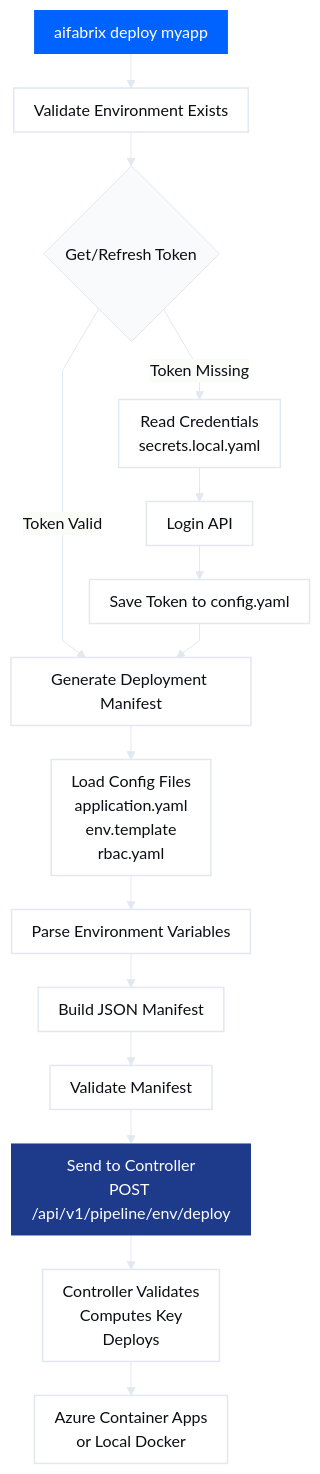
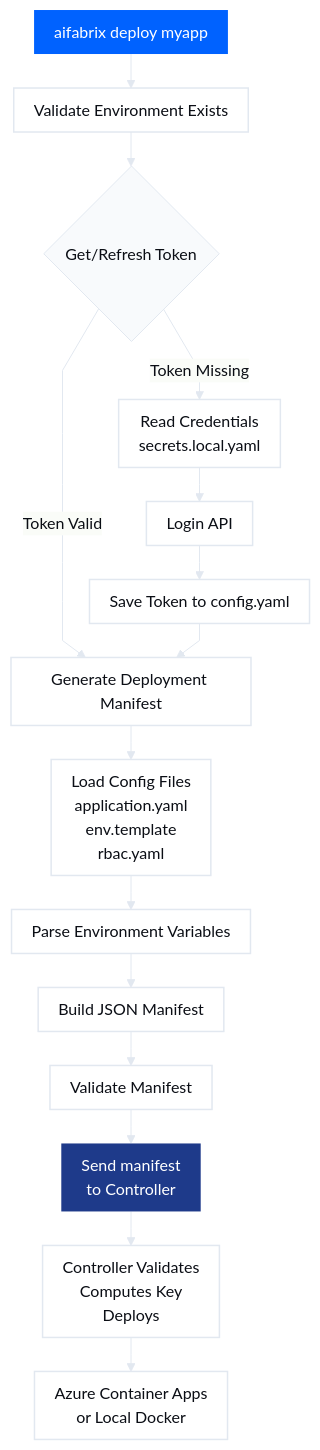
The fifth of 7 diagrams in docs/deploying.md (esystemsdev/aifabrix-builder), drawn with Mermaid before and after one commit. The commit also changed other lines of this file and 9 other files, not shown here.

````diff
--- a/docs/deploying.md
+++ b/docs/deploying.md
@@ -416,50 +418,50 @@
 ```mermaid
 %%{init: {
   "theme": "base",
   "themeVariables": {
     "fontFamily": "Poppins, Arial Rounded MT Bold, Arial, sans-serif",
     "fontSize": "16px",
     "background": "#FFFFFF",
     "primaryColor": "#F8FAFC",
     "primaryTextColor": "#0B0E15",
     "primaryBorderColor": "#E2E8F0",
     "lineColor": "#E2E8F0",
     "textColor": "#0B0E15",
     "borderRadius": 16
   },
   "flowchart": {
     "curve": "linear",
     "nodeSpacing": 34,
     "rankSpacing": 34,
     "padding": 10
   }
 }}%%
 
 flowchart TD
 
 %% =======================
 %% Styles
 %% =======================
 classDef base fill:#FFFFFF,color:#0B0E15,stroke:#E2E8F0,stroke-width:1.5px;
 classDef medium fill:#1E3A8A,color:#ffffff,stroke-width:0px;
 classDef primary fill:#0062FF,color:#ffffff,stroke-width:0px;
 
 %% =======================
 %% Flow
 %% =======================
 Start[aifabrix deploy myapp]:::primary --> ValidateEnv[Validate Environment Exists]:::base
 ValidateEnv --> GetToken{Get/Refresh Token}
 GetToken -->|Token Missing| ReadCreds[Read Credentials<br/>secrets.local.yaml]:::base
 ReadCreds --> Login[Login API]:::base
 Login --> SaveToken[Save Token to config.yaml]:::base
 GetToken -->|Token Valid| GenerateManifest[Generate Deployment Manifest]:::base
 SaveToken --> GenerateManifest
 
 GenerateManifest --> LoadConfig[Load Config Files<br/>application.yaml<br/>env.template<br/>rbac.yaml]:::base
 LoadConfig --> ParseEnv[Parse Environment Variables]:::base
 ParseEnv --> BuildManifest[Build JSON Manifest]:::base
 BuildManifest --> ValidateManifest[Validate Manifest]:::base
-ValidateManifest --> SendController[Send to Controller<br/>POST /api/v1/pipeline/env/deploy]:::medium
+ValidateManifest --> SendController[Send manifest<br/>to Controller]:::medium
 SendController --> ControllerProcess[Controller Validates<br/>Computes Key<br/>Deploys]:::base
 ControllerProcess --> DeployAzure[Azure Container Apps<br/>or Local Docker]:::base
 ```
````
